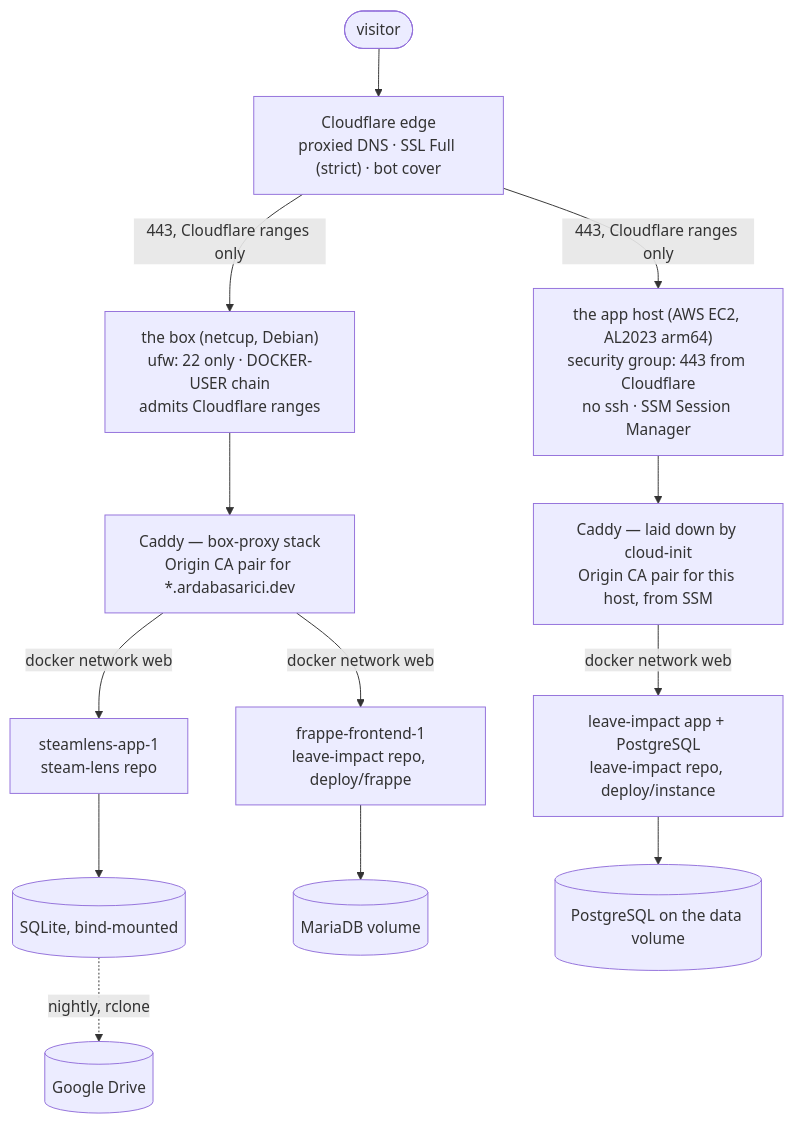
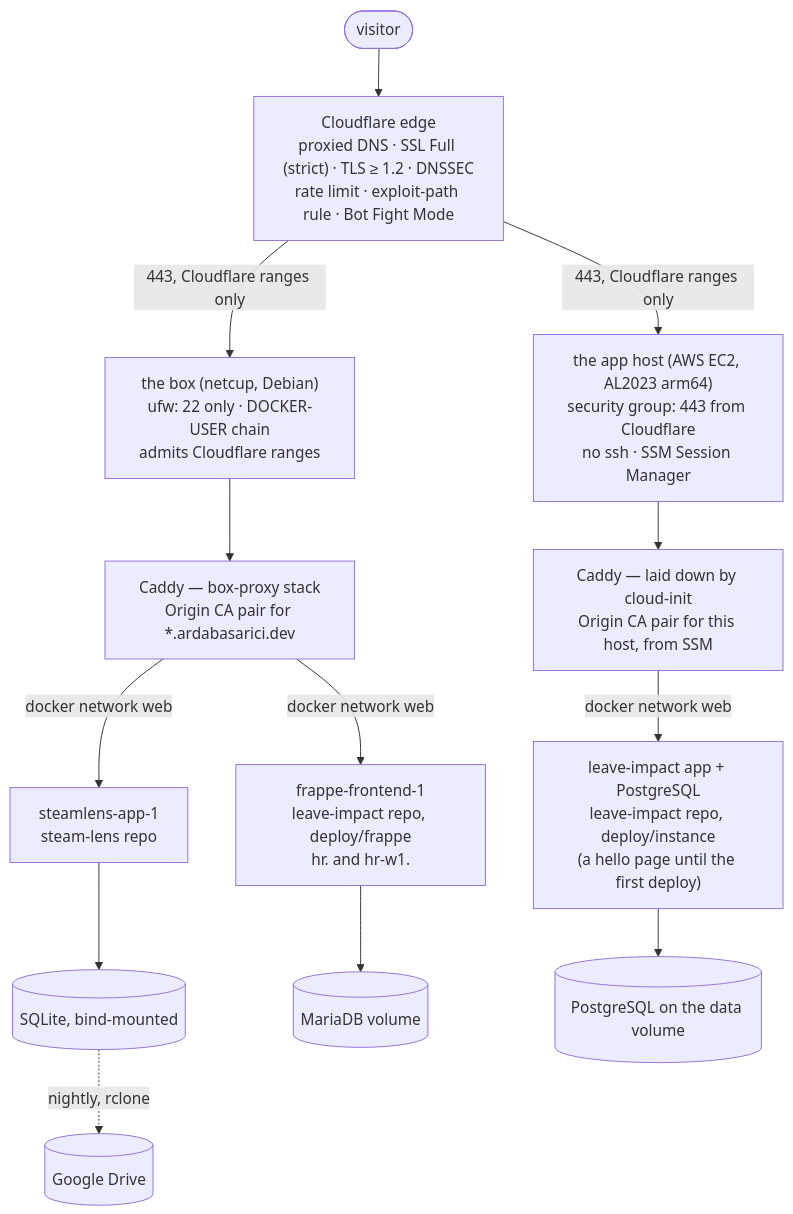
Before and after one commit to arda-basarici/platform: the first of 3 diagrams in ARCHITECTURE.md, drawn with Mermaid. The commit also changed other lines of this file and 10 other files, not shown here.

````diff
--- a/ARCHITECTURE.md
+++ b/ARCHITECTURE.md
@@ -19,26 +23,29 @@
 ```mermaid
 %%{init: {"flowchart": {"diagramPadding": 150}}}%%
 flowchart TD
     V([visitor]) --> CF["`Cloudflare edge
-    proxied DNS · SSL Full (strict) · bot cover`"]
+    proxied DNS · SSL Full (strict) · TLS ≥ 1.2 · DNSSEC
+    rate limit · exploit-path rule · Bot Fight Mode`"]
     CF -->|"443, Cloudflare ranges only"| FW1["`the box (netcup, Debian)
     ufw: 22 only · DOCKER-USER chain
     admits Cloudflare ranges`"]
     CF -->|"443, Cloudflare ranges only"| FW2["`the app host (AWS EC2, AL2023 arm64)
     security group: 443 from Cloudflare
     no ssh · SSM Session Manager`"]
     FW1 --> C1["`Caddy — box-proxy stack
     Origin CA pair for *.ardabasarici.dev`"]
     FW2 --> C2["`Caddy — laid down by cloud-init
     Origin CA pair for this host, from SSM`"]
     C1 -->|"docker network web"| SL["`steamlens-app-1
     steam-lens repo`"]
     C1 -->|"docker network web"| FR["`frappe-frontend-1
-    leave-impact repo, deploy/frappe`"]
+    leave-impact repo, deploy/frappe
+    hr. and hr-w1.`"]
     C2 -->|"docker network web"| LA["`leave-impact app + PostgreSQL
-    leave-impact repo, deploy/instance`"]
+    leave-impact repo, deploy/instance
+    (a hello page until the first deploy)`"]
     SL --> SLDB[("SQLite, bind-mounted")]
     FR --> FRDB[("MariaDB volume")]
     LA --> LADB[("PostgreSQL on the data volume")]
     SLDB -.->|"nightly, rclone"| DRIVE[("Google Drive")]
 ```
````
